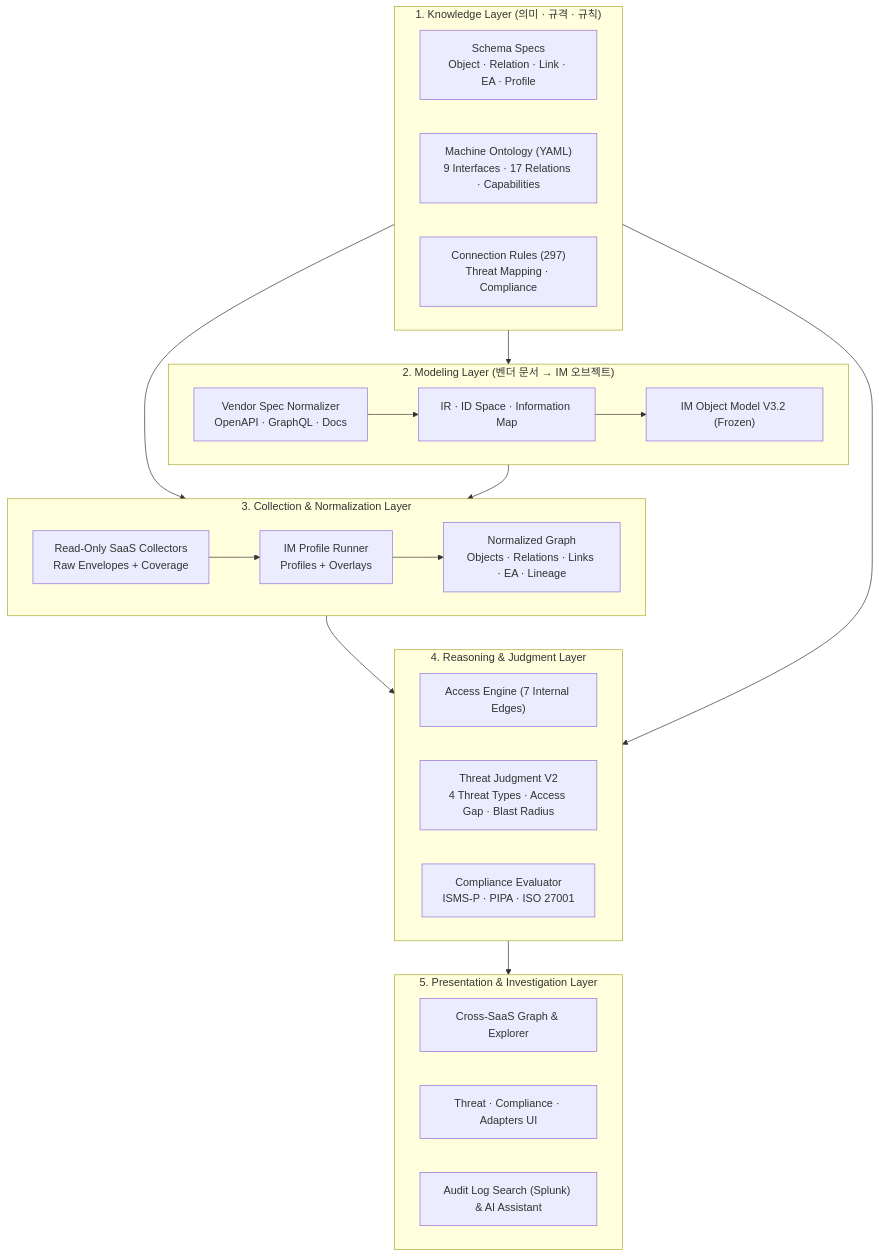
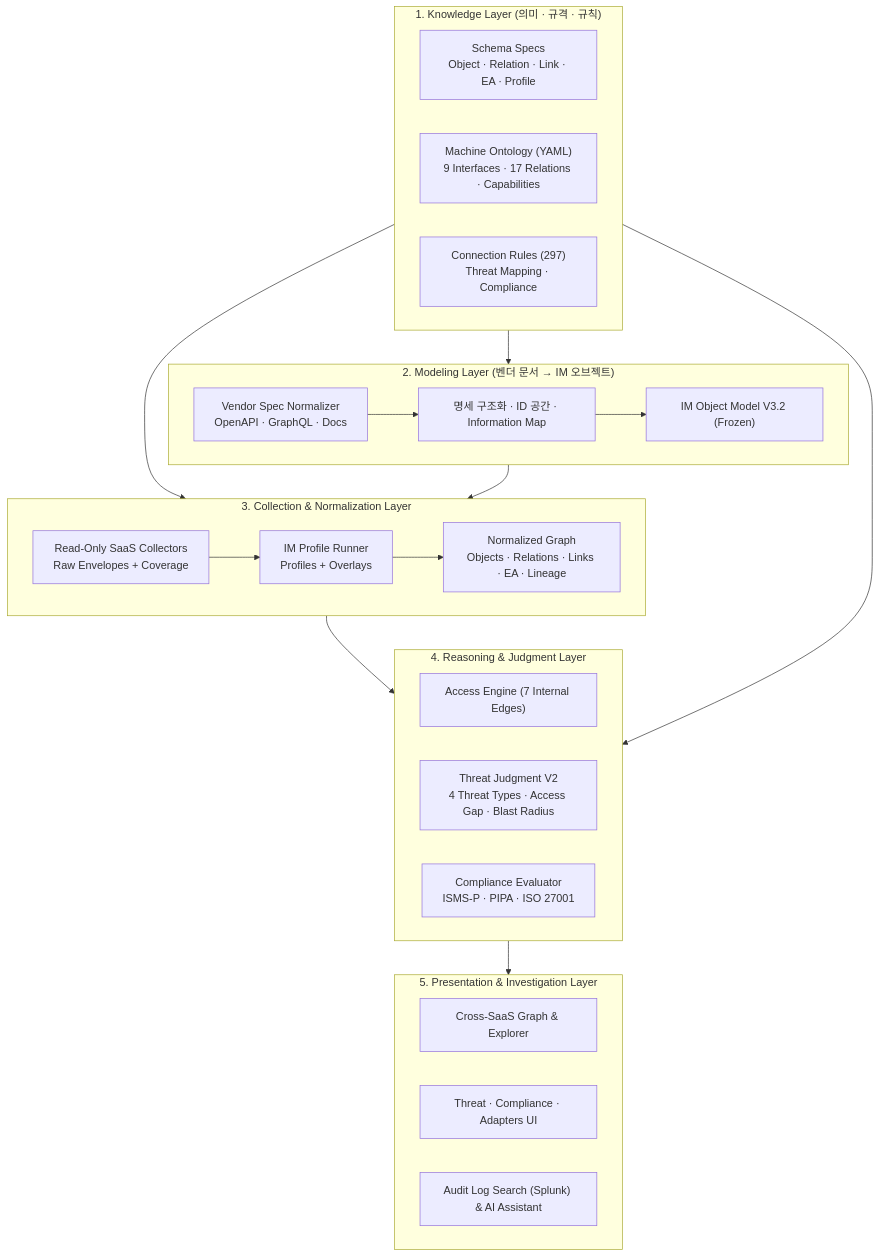
Before and after one commit to AEGI-Inc/aegi-framework: the diagram in docs/01-overview/architecture.md, drawn with Mermaid. The commit also changed other lines of this file and 5 other files, not shown here.

Commit message:
docs: clarify pipeline and core concepts (Information Map, IM, IM Profile)

````diff
--- a/docs/01-overview/architecture.md
+++ b/docs/01-overview/architecture.md
@@ -7,41 +7,41 @@
 ```mermaid
 flowchart TB
   subgraph L1["1. Knowledge Layer (의미 · 규격 · 규칙)"]
     K1["Schema Specs<br/>Object · Relation · Link · EA · Profile"]
     K2["Machine Ontology (YAML)<br/>9 Interfaces · 17 Relations · Capabilities"]
     K3["Connection Rules (297)<br/>Threat Mapping · Compliance"]
   end
 
   subgraph L2["2. Modeling Layer (벤더 문서 → IM 오브젝트)"]
     M1["Vendor Spec Normalizer<br/>OpenAPI · GraphQL · Docs"]
-    M2["IR · ID Space · Information Map"]
+    M2["명세 구조화 · ID 공간 · Information Map"]
     M3["IM Object Model V3.2 (Frozen)"]
     M1 --> M2 --> M3
   end
 
   subgraph L3["3. Collection & Normalization Layer"]
     C1["Read-Only SaaS Collectors<br/>Raw Envelopes + Coverage"]
     C2["IM Profile Runner<br/>Profiles + Overlays"]
     C3["Normalized Graph<br/>Objects · Relations · Links · EA · Lineage"]
     C1 --> C2 --> C3
   end
 
   subgraph L4["4. Reasoning & Judgment Layer"]
     R1["Access Engine (7 Internal Edges)"]
     R2["Threat Judgment V2<br/>4 Threat Types · Access Gap · Blast Radius"]
     R3["Compliance Evaluator<br/>ISMS-P · PIPA · ISO 27001"]
   end
 
   subgraph L5["5. Presentation & Investigation Layer"]
     P1["Cross-SaaS Graph & Explorer"]
     P2["Threat · Compliance · Adapters UI"]
     P3["Audit Log Search (Splunk) & AI Assistant"]
   end
 
   L1 --> L2
   L1 --> L3
   L2 --> L3
   L3 --> L4
   L1 --> L4
   L4 --> L5
 ```
````
